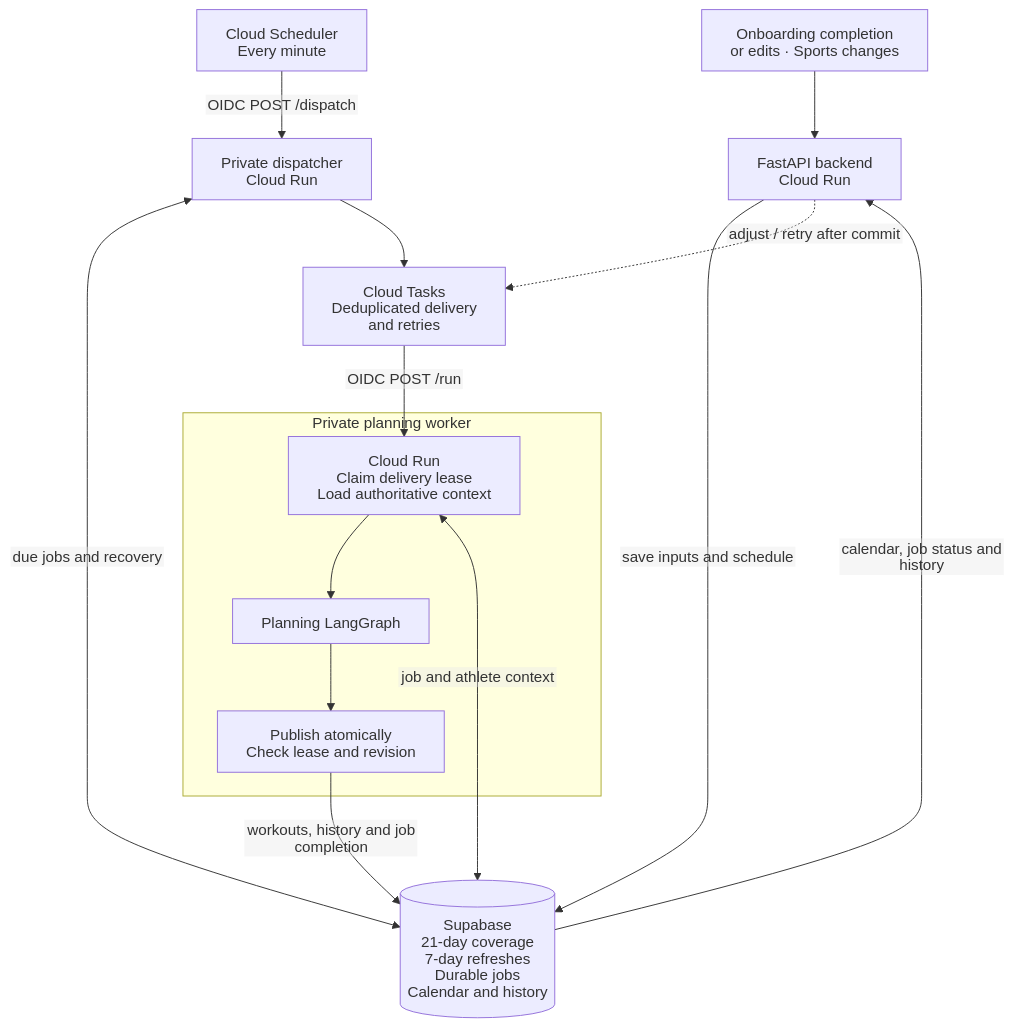
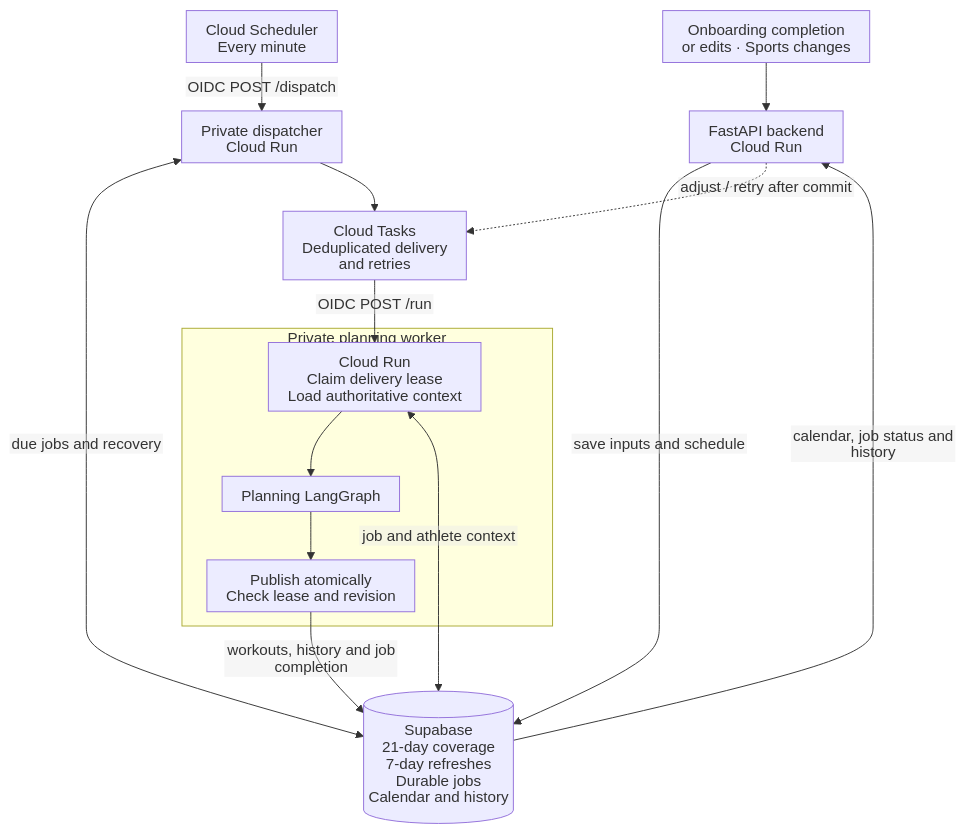
One commit to xurichard19/strength-and-conditioning-rag changed the second of 5 diagrams in README.md. Above: the diagram before and after it, drawn with Mermaid. The commit also changed other lines of this file and 19 other files, not shown here.

````diff
--- a/README.md
+++ b/README.md
@@ -53,25 +56,28 @@
 ```mermaid
 ---
 config:
   htmlLabels: false
   flowchart:
     htmlLabels: false
+    nodeSpacing: 30
+    rankSpacing: 30
+    padding: 10
 ---
 flowchart TB
     Inputs["Onboarding completion<br/>or edits · Sports changes"] --> API["FastAPI backend<br/>Cloud Run"]
     API -->|save inputs and schedule| DB[("Supabase<br/>21-day coverage<br/>7-day refreshes<br/>Durable jobs<br/>Calendar and history")]
     Clock["Cloud Scheduler<br/>Every minute"] -->|OIDC POST /dispatch| Dispatcher["Private dispatcher<br/>Cloud Run"]
     Dispatcher <-->|due jobs and recovery| DB
     Dispatcher --> Queue["Cloud Tasks<br/>Deduplicated delivery<br/>and retries"]
     API -.->|adjust / retry after commit| Queue
     Queue -->|OIDC POST /run| Claim
 
     subgraph Worker["Private planning worker"]
         Claim["Cloud Run<br/>Claim delivery lease<br/>Load authoritative context"] --> Graph["Planning LangGraph"]
         Graph --> Publish["Publish atomically<br/>Check lease and revision"]
     end
 
     Claim <-->|job and athlete context| DB
     Publish -->|workouts, history and job completion| DB
     DB -->|calendar, job status and history| API
 ```
````
